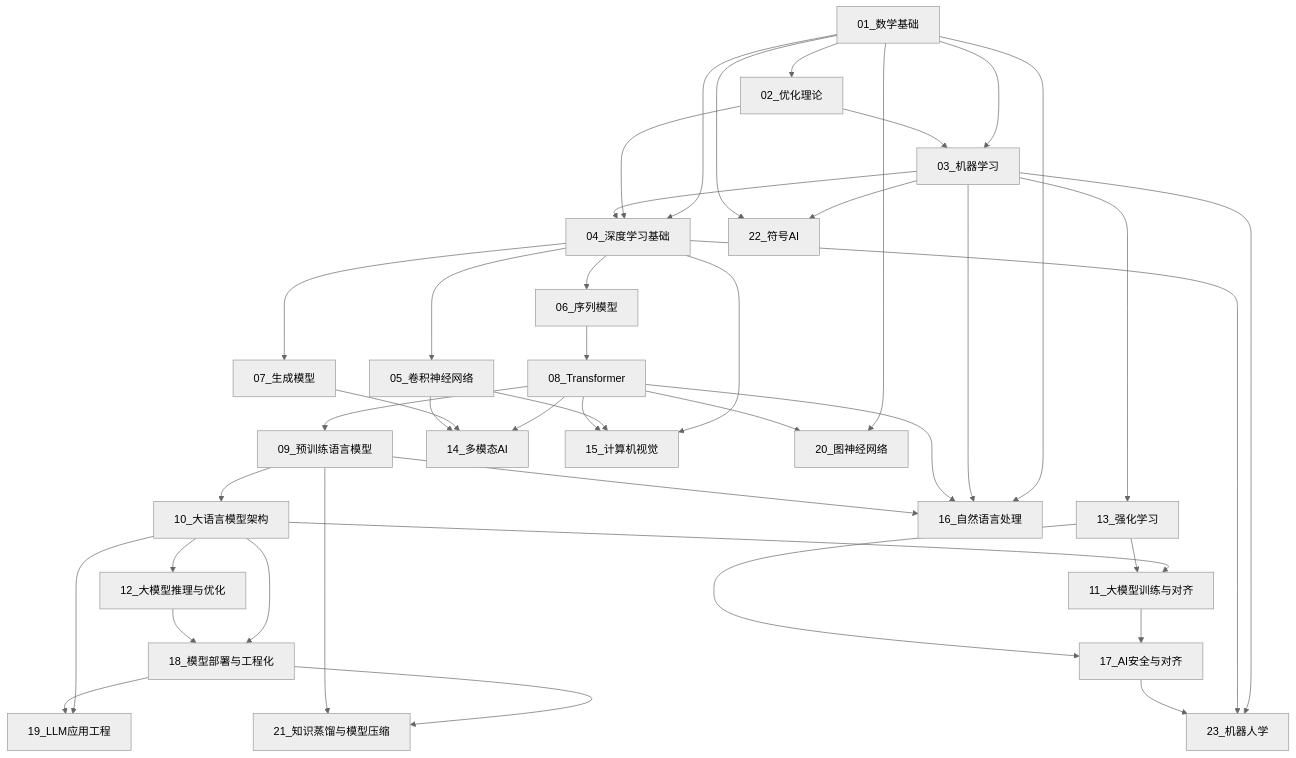
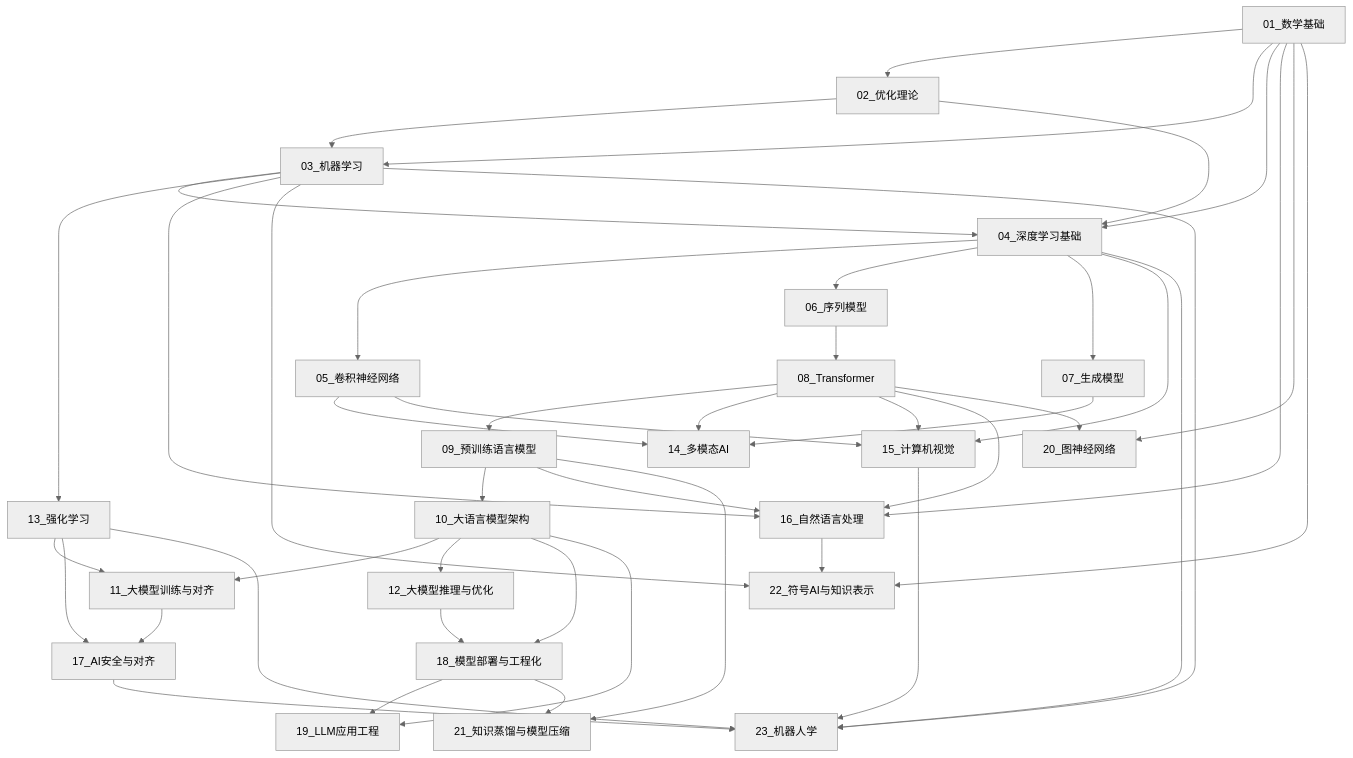
Before and after one commit to nzyaltair/AI_Study_Notes: the diagram in 00_总览与导航/00_AI学习笔记总索引.md, drawn with Mermaid (neutral theme). The commit also changed other lines of this file and 89 other files, not shown here.

````diff
--- a/00_总览与导航/00_AI学习笔记总索引.md
+++ b/00_总览与导航/00_AI学习笔记总索引.md
@@ -65,44 +90,47 @@
 ```mermaid
 graph TD
     MATH[01_数学基础] --> OPT[02_优化理论]
     MATH --> ML[03_机器学习]
     MATH --> DL[04_深度学习基础]
     OPT --> ML
     OPT --> DL
     ML --> DL
     DL --> CNN[05_卷积神经网络]
     DL --> SEQ[06_序列模型]
     DL --> GEN[07_生成模型]
     SEQ --> TRANS[08_Transformer]
     TRANS --> PLM[09_预训练语言模型]
     PLM --> LLM[10_大语言模型架构]
     LLM --> TRAIN[11_大模型训练与对齐]
     LLM --> INFER[12_大模型推理与优化]
     ML --> RL[13_强化学习]
     RL --> TRAIN
     TRANS --> MULTI[14_多模态AI]
     GEN --> MULTI
     CNN --> MULTI
     DL --> CV[15_计算机视觉]
     CNN --> CV
     TRANS --> CV
     MATH --> NLP[16_自然语言处理]
     ML --> NLP
     TRANS --> NLP
     PLM --> NLP
     TRAIN --> SAFE[17_AI安全与对齐]
     RL --> SAFE
     LLM --> DEPLOY[18_模型部署与工程化]
     INFER --> DEPLOY
     LLM --> APP[19_LLM应用工程]
     DEPLOY --> APP
     MATH --> GNN[20_图神经网络]
     TRANS --> GNN
     DEPLOY --> KD[21_知识蒸馏与模型压缩]
     PLM --> KD
-    ML --> SYM[22_符号AI]
+    ML --> SYM[22_符号AI与知识表示]
     MATH --> SYM
+    NLP --> SYM
     ML --> ROBO[23_机器人学]
     DL --> ROBO
+    CV --> ROBO
+    RL --> ROBO
     SAFE --> ROBO
 ```
````
